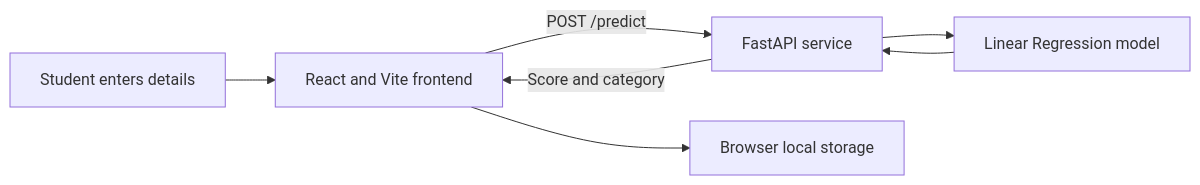
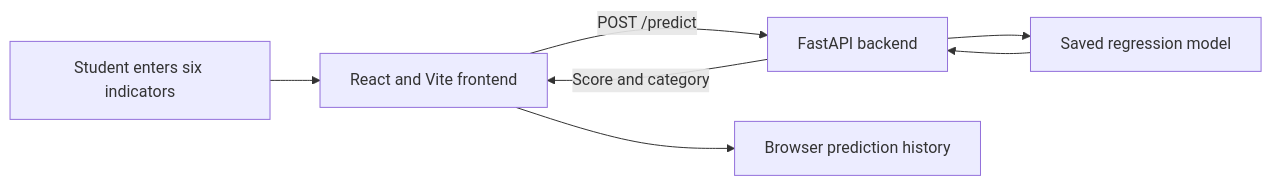
Before and after one commit to mehulikhanra904-prog/student-performance-predictor: the diagram in README.md, drawn with Mermaid. The commit also changed other lines of this file and 3 other files, not shown here.

Commit message:
Restore Student Performance Predictor frontend

````diff
--- a/README.md
+++ b/README.md
@@ -60,9 +55,9 @@
 ```mermaid
 flowchart LR
-    Student[Student enters details] --> UI[React and Vite frontend]
-    UI -->|POST /predict| API[FastAPI service]
-    API --> Model[Linear Regression model]
-    Model --> API
-    API -->|Score and category| UI
-    UI --> History[Browser local storage]
+  U[Student enters six indicators] --> W[React and Vite frontend]
+  W -->|POST /predict| A[FastAPI backend]
+  A --> M[Saved regression model]
+  M --> A
+  A -->|Score and category| W
+  W --> H[Browser prediction history]
 ```
````
